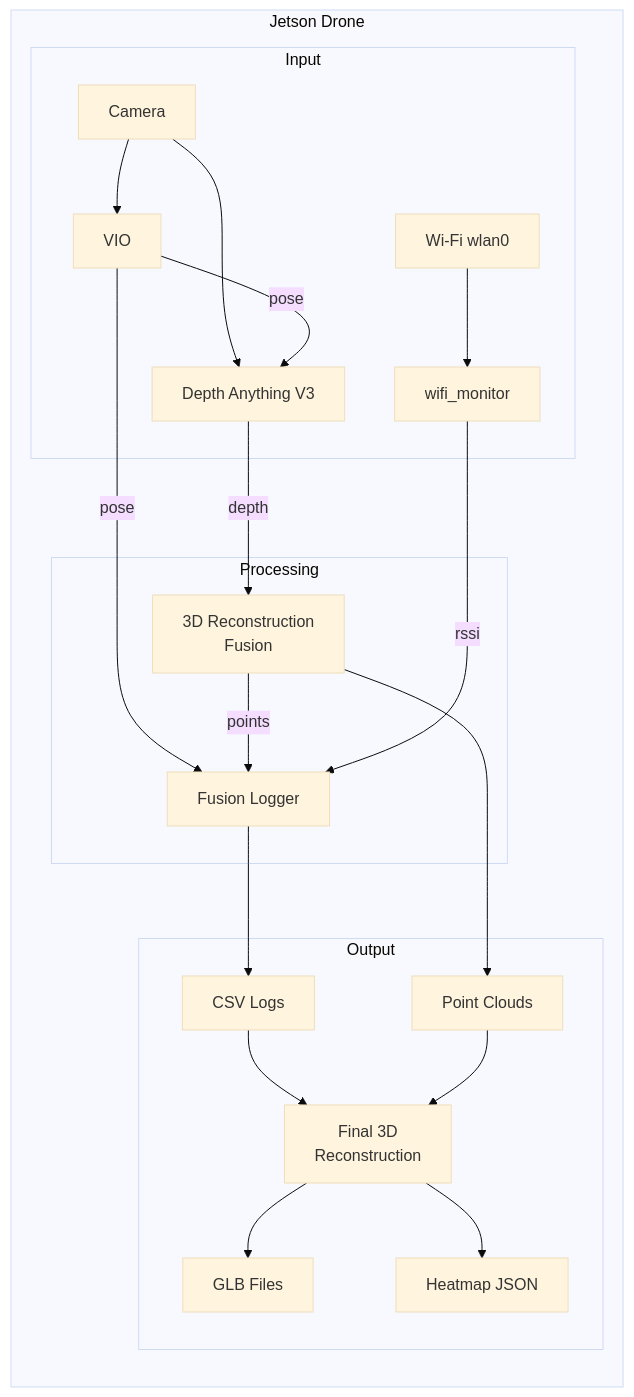
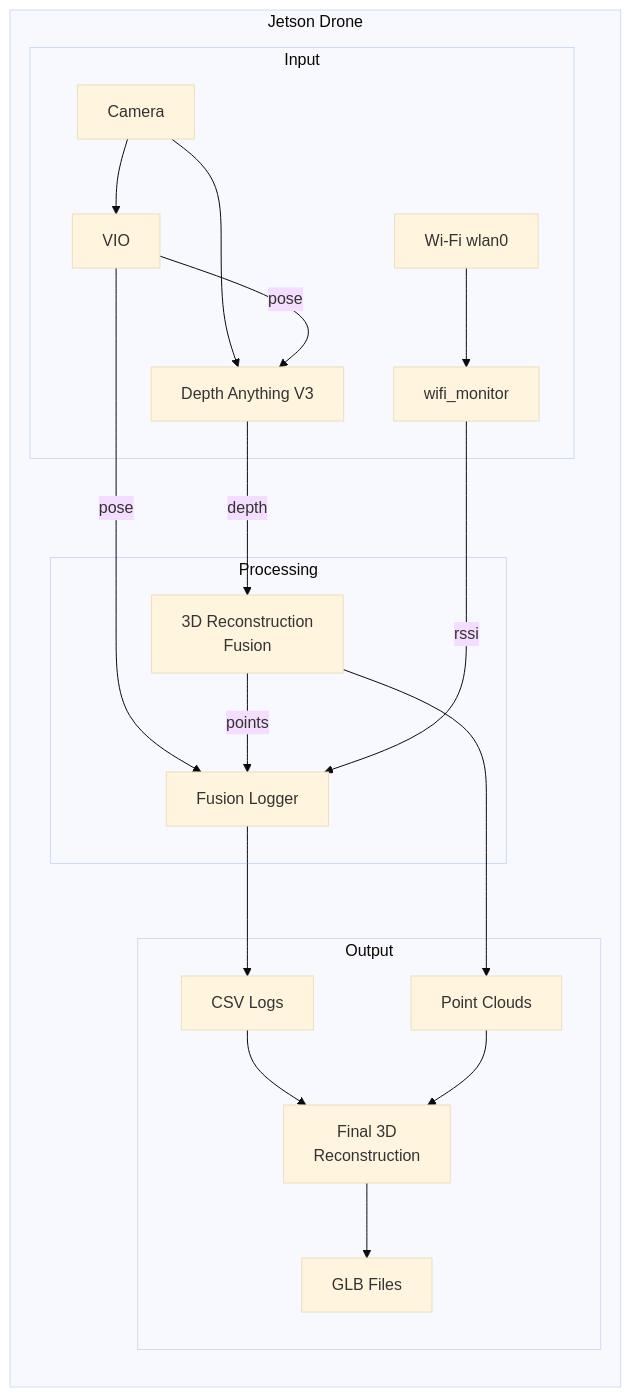
The second of 6 diagrams in README.md (Shluo03/AirSniff), drawn with Mermaid (base theme) before and after one commit.

````diff
--- a/README.md
+++ b/README.md
@@ -40,27 +40,27 @@
 ```mermaid
 graph LR
     subgraph Jetson Drone
         subgraph Input
             A[Camera] --> B[VIO]
             A --> C[Depth Anything V3]
             D[Wi-Fi wlan0] --> E[wifi_monitor]
         end
         
         subgraph Processing
             B -->|pose| C
             B -->|pose| F[Fusion Logger]
             C -->|depth| G[3D Reconstruction<br/>Fusion]
             G -->|points| F
             E -->|rssi| F
         end
         
         subgraph Output
             F --> H[CSV Logs]
             G --> I[Point Clouds]
             H --> J[Final 3D<br/>Reconstruction]
             I --> J
             J --> K[GLB Files]
-            J --> L[Heatmap JSON]
+            
         end
     end
 ```
````
